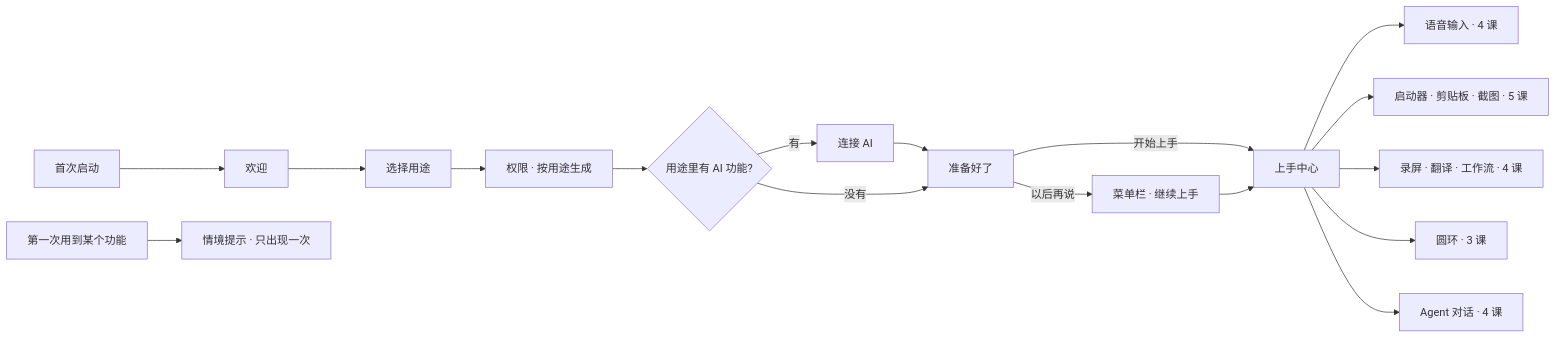
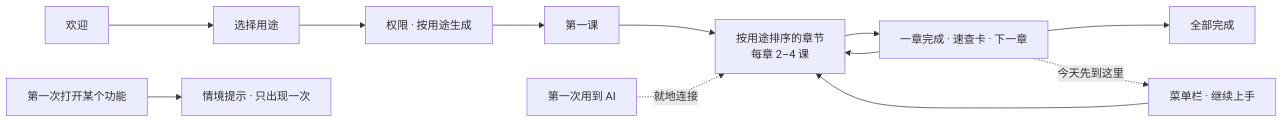
One commit to mylxsw/typeflux changed the diagram in docs/design/feature-onboarding.md. Above: the diagram before and after it, drawn with Mermaid. The commit also changed other lines of this file and 77 other files, not shown here.

````diff
--- a/docs/design/feature-onboarding.md
+++ b/docs/design/feature-onboarding.md
@@ -49,11 +43,12 @@
 ```mermaid
 flowchart LR
-  A[首次启动] --> W[欢迎] --> G[选择用途] --> P[权限 · 按用途生成] --> AI{用途里有 AI 功能?}
-  AI -- 有 --> C[连接 AI] --> R[准备好了]
-  AI -- 没有 --> R
-  R -- 开始上手 --> H[上手中心]
-  R -- 以后再说 --> M[菜单栏 · 继续上手]
-  H --> T1[语音输入 · 4 课] & T2[启动器 · 剪贴板 · 截图 · 5 课] & T3[录屏 · 翻译 · 工作流 · 4 课] & T4[圆环 · 3 课] & T5[Agent 对话 · 4 课]
-  M --> H
-  F[第一次用到某个功能] --> J[情境提示 · 只出现一次]
+  W[欢迎] --> G[选择用途] --> P[权限 · 按用途生成] --> L1[第一课]
+  L1 --> CH[按用途排序的章节<br/>每章 2–4 课]
+  CH --> D[一章完成 · 速查卡 · 下一章]
+  D --> CH
+  D --> F[全部完成]
+  D -. 今天先到这里 .-> M[菜单栏 · 继续上手]
+  M --> CH
+  X[第一次用到 AI] -. 就地连接 .-> CH
+  J[第一次打开某个功能] --> T[情境提示 · 只出现一次]
 ```
````
